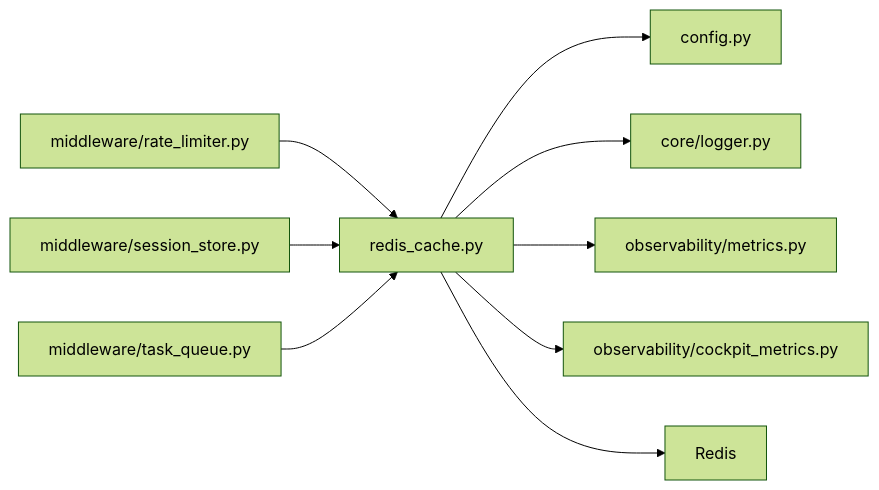
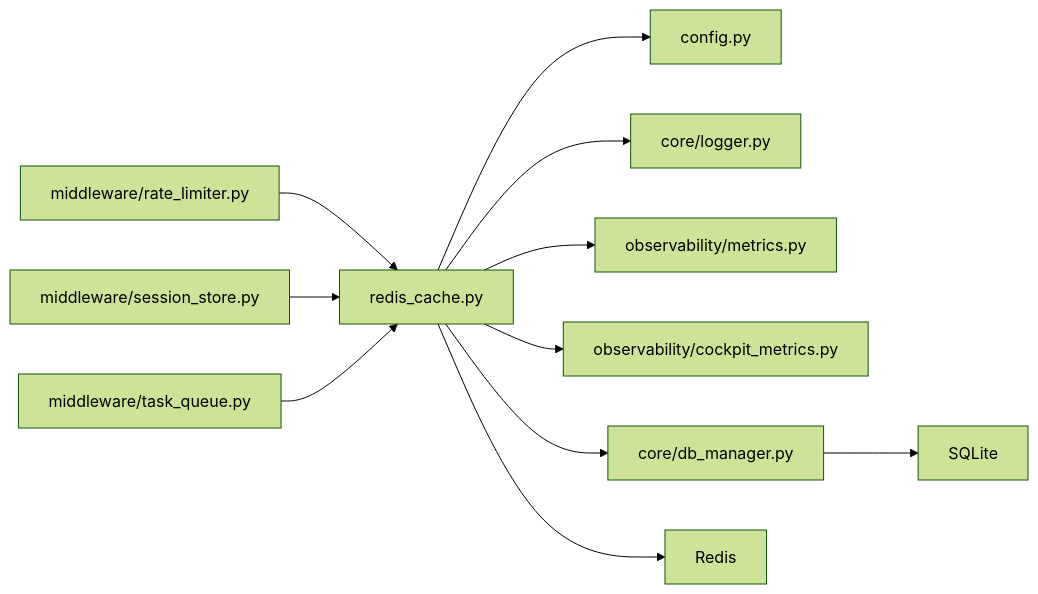
One commit to zmdhdu/NexusCockpit changed the sixth of 6 diagrams in .qoder/repowiki/zh/content/中间件和服务/缓存服务.md. Above: the diagram before and after it, drawn with Mermaid (forest theme). The commit also changed other lines of this file and 21 other files, not shown here.

````diff
--- a/.qoder/repowiki/zh/content/中间件和服务/缓存服务.md
+++ b/.qoder/repowiki/zh/content/中间件和服务/缓存服务.md
@@ -318,11 +381,13 @@
 ```mermaid
 graph LR
 RC["redis_cache.py"] --> CFG["config.py"]
 RC --> LOG["core/logger.py"]
 RC --> MET["observability/metrics.py"]
 RC --> CMET["observability/cockpit_metrics.py"]
+RC --> DBM["core/db_manager.py"]
 RC --> REDIS["Redis"]
+DBM --> SQLITE["SQLite"]
 RL["middleware/rate_limiter.py"] --> RC
 SS["middleware/session_store.py"] --> RC
 TQ["middleware/task_queue.py"] --> RC
 ```
````
